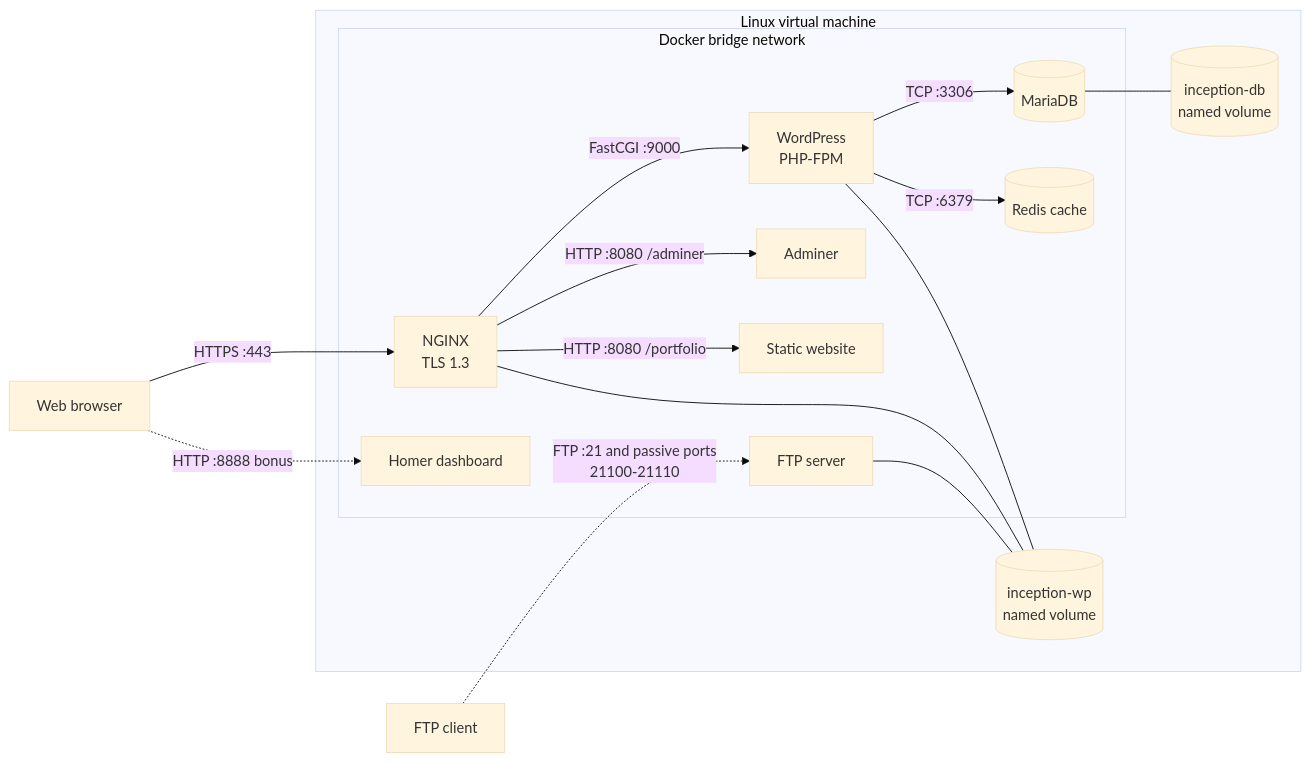
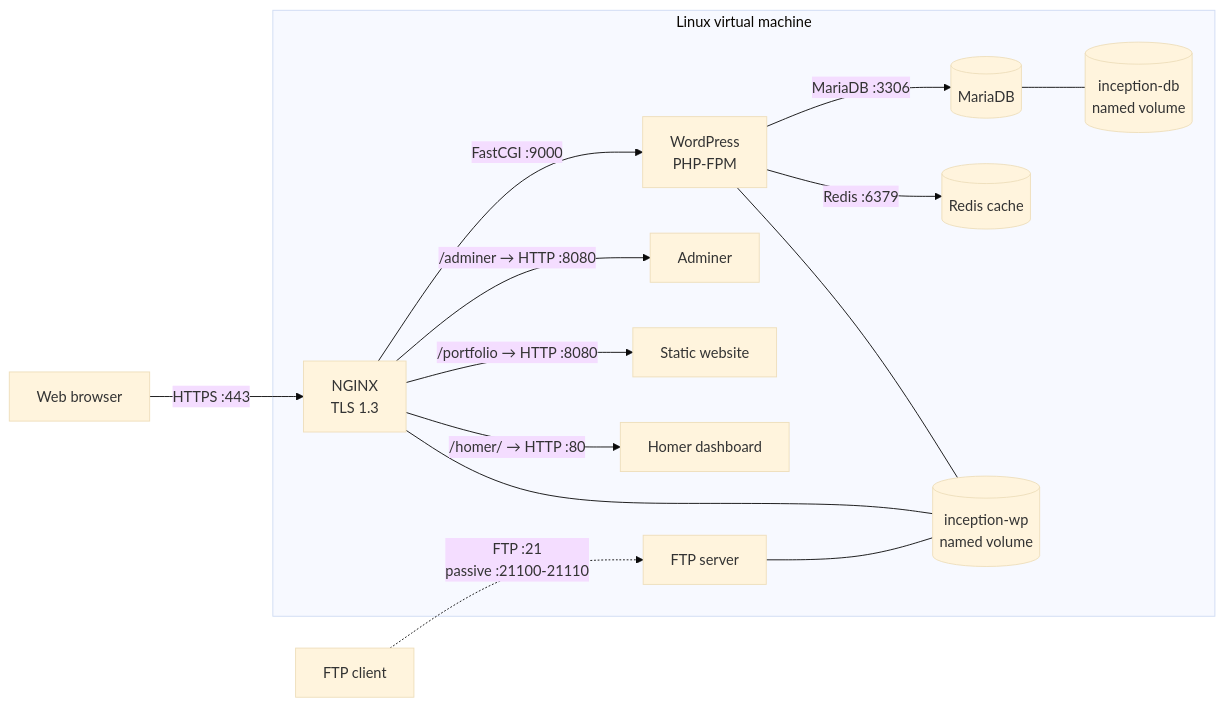
Before and after one commit to tnktks111/inception: the first of 2 diagrams in README.md, drawn with Mermaid (base theme). The commit also changed other lines of this file and 6 other files, not shown here.

Commit message:
refac: split single network into 3 network (frontend, backend, and ftp)

````diff
--- a/README.md
+++ b/README.md
@@ -24,36 +26,34 @@
 ```mermaid
 flowchart LR
-    client[Web browser]
-    ftpClient[FTP client]
+    browser[Web browser]
+    ftp_client[FTP client]
 
-    subgraph host[Linux virtual machine]
-        subgraph network[Docker bridge network]
-            nginx[NGINX<br/>TLS 1.3]
-            wordpress[WordPress<br/>PHP-FPM]
-            mariadb[(MariaDB)]
-            redis[(Redis cache)]
-            adminer[Adminer]
-            static[Static website]
-            ftp[FTP server]
-            homer[Homer dashboard]
-        end
+    subgraph vm[Linux virtual machine]
+        nginx[NGINX<br/>TLS 1.3]
+        wordpress[WordPress<br/>PHP-FPM]
+        mariadb[(MariaDB)]
+        redis[(Redis cache)]
+        adminer[Adminer]
+        static_site[Static website]
+        ftp[FTP server]
+        homer[Homer dashboard]
 
-        wpVolume[(inception-wp<br/>named volume)]
-        dbVolume[(inception-db<br/>named volume)]
+        wp_volume[(inception-wp<br/>named volume)]
+        db_volume[(inception-db<br/>named volume)]
     end
 
-    client -->|HTTPS :443| nginx
-    client -.->|HTTP :8888 bonus| homer
-    ftpClient -.->|FTP :21 and passive ports<br/>21100-21110| ftp
+    browser -->|HTTPS :443| nginx
+    nginx -->|FastCGI :9000| wordpress
+    nginx -->|/adminer → HTTP :8080| adminer
+    nginx -->|/portfolio → HTTP :8080| static_site
+    nginx -->|/homer/ → HTTP :80| homer
+    wordpress -->|MariaDB :3306| mariadb
+    wordpress -->|Redis :6379| redis
 
-    nginx -->|FastCGI :9000| wordpress
-    nginx -->|HTTP :8080 /adminer| adminer
-    nginx -->|HTTP :8080 /portfolio| static
-    wordpress -->|TCP :3306| mariadb
-    wordpress -->|TCP :6379| redis
+    ftp_client -.->|FTP :21<br/>passive :21100-21110| ftp
 
-    wordpress --- wpVolume
-    nginx --- wpVolume
-    ftp --- wpVolume
-    mariadb --- dbVolume
+    nginx --- wp_volume
+    wordpress --- wp_volume
+    ftp --- wp_volume
+    mariadb --- db_volume
 ```
````
